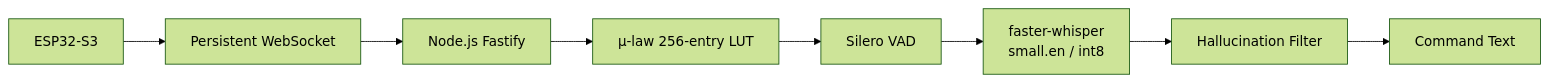
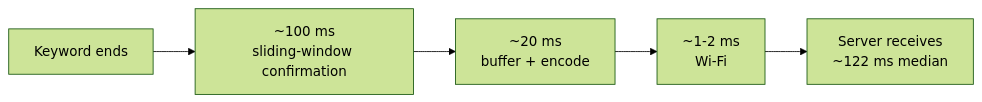
One commit to Raj24-dev/Kws changed the eighth of 12 diagrams in README.md. Above: the diagram before and after it, drawn with Mermaid (forest theme). The commit also changed other lines of this file, not shown here.

````diff
--- a/README.md
+++ b/README.md
@@ -831,20 +176,4 @@
 ```mermaid
 flowchart LR
-
-    A["ESP32-S3"]
-    B["Persistent WebSocket"]
-    C["Node.js Fastify"]
-    D["μ-law 256-entry LUT"]
-    E["Silero VAD"]
-    F["faster-whisper<br/>small.en / int8"]
-    G["Hallucination Filter"]
-    H["Command Text"]
-
-    A --> B
-    B --> C
-    C --> D
-    D --> E
-    E --> F
-    F --> G
-    G --> H
+    A["Keyword ends"] --> B["~100 ms<br/>sliding-window confirmation"] --> C["~20 ms<br/>buffer + encode"] --> D["~1-2 ms<br/>Wi-Fi"] --> E["Server receives<br/>~122 ms median"]
 ```
````
